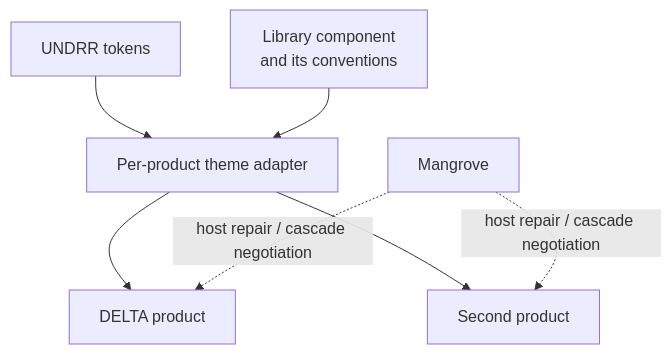
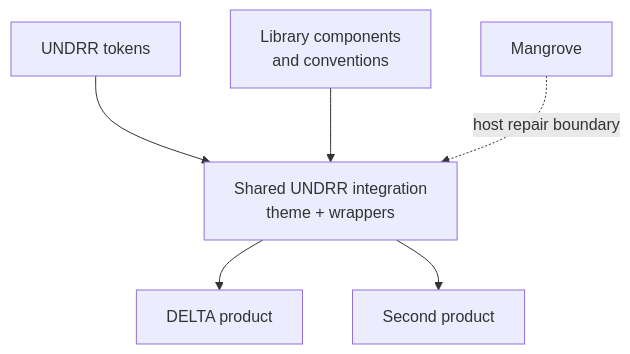
The first of 3 diagrams in docs/architecture-options.md (khawkins98/data-design-demo), drawn with Mermaid before and after one commit. The commit also changed other lines of this file and 46 other files, not shown here.

````diff
--- a/docs/architecture-options.md
+++ b/docs/architecture-options.md
@@ -68,9 +68,8 @@
 ```mermaid
 flowchart TB
-  T["UNDRR tokens"] --> TH["Per-product theme adapter"]
-  L["Library component<br/>and its conventions"] --> TH
-  TH --> D["DELTA product"]
-  TH --> P["Second product"]
-  M["Mangrove"] -.->|"host repair / cascade negotiation"| D
-  M -.->|"host repair / cascade negotiation"| P
+  T["UNDRR tokens"] --> SI["Shared UNDRR integration<br/>theme + wrappers"]
+  L["Library components<br/>and conventions"] --> SI
+  SI --> D["DELTA product"]
+  SI --> P["Second product"]
+  M["Mangrove"] -.->|"host repair boundary"| SI
 ```
````
